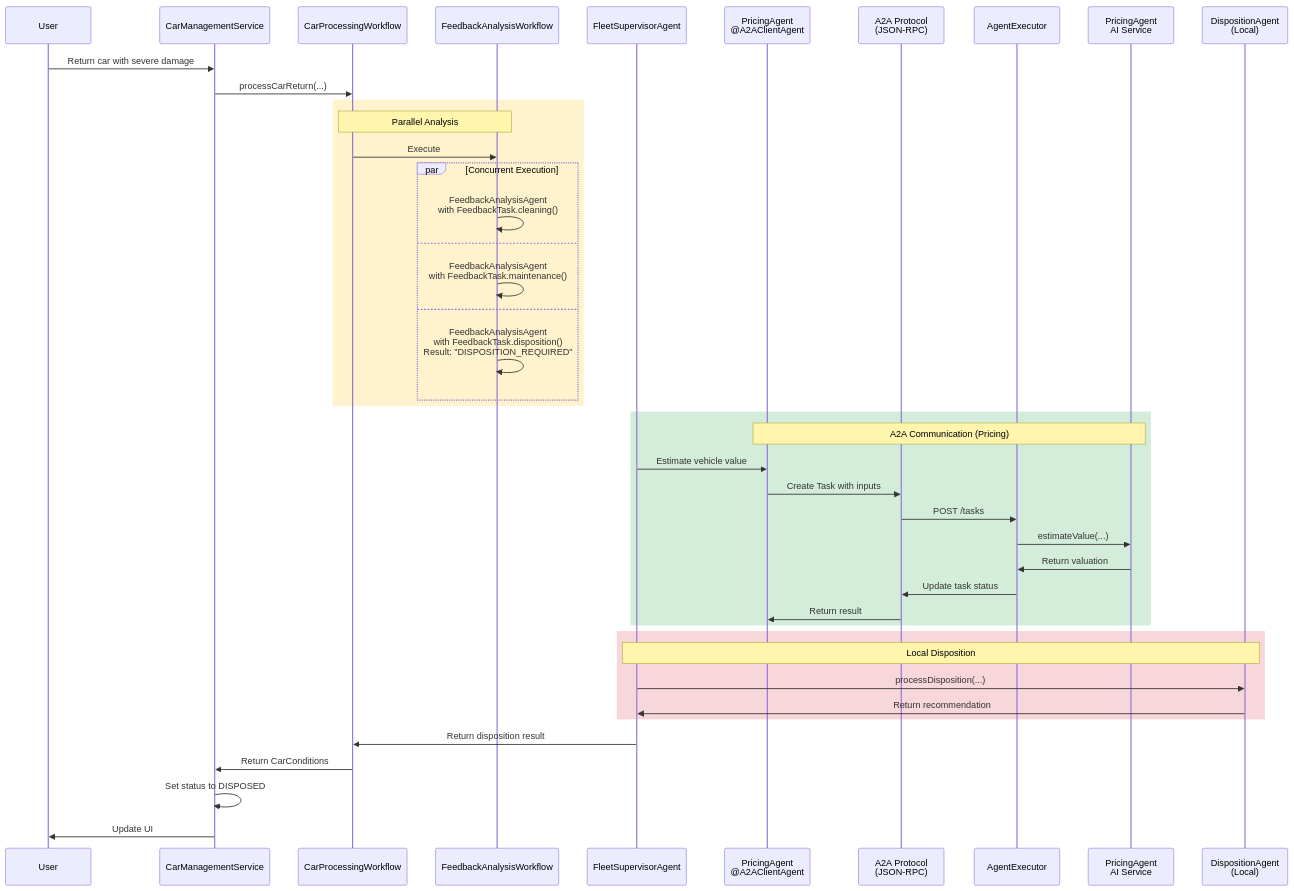
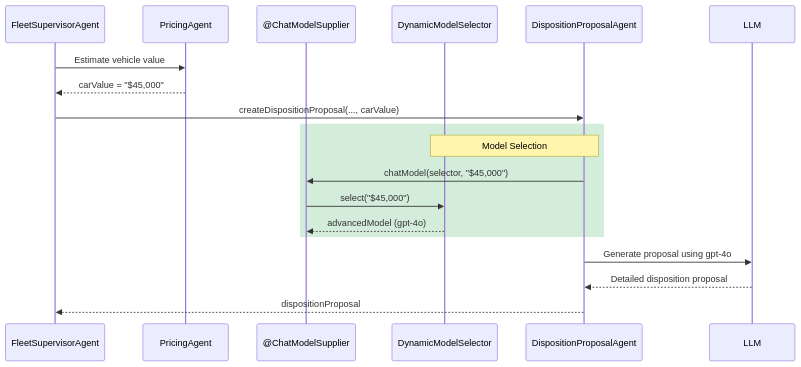
Before and after one commit to quarkusio/quarkus-workshop-langchain4j: the second of 2 diagrams in docs/docs/section-2/step-07.md, drawn with Mermaid. The commit also changed other lines of this file and 128 other files, not shown here.

Commit message:
Introduce dynamic chat model (#399)

````diff
--- a/docs/docs/section-2/step-07.md
+++ b/docs/docs/section-2/step-07.md
@@ -599,50 +186,25 @@
 ```mermaid
 sequenceDiagram
-    participant User
-    participant Service as CarManagementService
-    participant Workflow as CarProcessingWorkflow
-    participant FeedbackWF as FeedbackAnalysisWorkflow
     participant Supervisor as FleetSupervisorAgent
-    participant PricingClient as PricingAgent<br/>@A2AClientAgent
-    participant A2A as A2A Protocol<br/>(JSON-RPC)
-    participant Executor as AgentExecutor
-    participant PricingRemote as PricingAgent<br/>AI Service
-    participant Disposition as DispositionAgent<br/>(Local)
+    participant Pricing as PricingAgent
+    participant Supplier as @ChatModelSupplier
+    participant Selector as DynamicModelSelector
+    participant Proposal as DispositionProposalAgent
+    participant LLM as LLM
 
-    User->>Service: Return car with severe damage
-    Service->>Workflow: processCarReturn(...)
+    Supervisor->>Pricing: Estimate vehicle value
+    Pricing-->>Supervisor: carValue = "$45,000"
 
-    rect rgb(255, 243, 205)
-    Note over Workflow,FeedbackWF: Parallel Analysis
-    Workflow->>FeedbackWF: Execute
-    par Concurrent Execution
-        FeedbackWF->>FeedbackWF: FeedbackAnalysisAgent<br/>with FeedbackTask.cleaning()
-    and
-        FeedbackWF->>FeedbackWF: FeedbackAnalysisAgent<br/>with FeedbackTask.maintenance()
-    and
-        FeedbackWF->>FeedbackWF: FeedbackAnalysisAgent<br/>with FeedbackTask.disposition()<br/>Result: "DISPOSITION_REQUIRED"
-    end
+    Supervisor->>Proposal: createDispositionProposal(..., carValue)
+
+    rect rgb(212, 237, 218)
+    Note over Proposal,Selector: Model Selection
+    Proposal->>Supplier: chatModel(selector, "$45,000")
+    Supplier->>Selector: select("$45,000")
+    Selector-->>Supplier: advancedModel (gpt-4o)
     end
 
-    rect rgb(212, 237, 218)
-    Note over PricingClient,PricingRemote: A2A Communication (Pricing)
-    Supervisor->>PricingClient: Estimate vehicle value
-    PricingClient->>A2A: Create Task with inputs
-    A2A->>Executor: POST /tasks
-    Executor->>PricingRemote: estimateValue(...)
-    PricingRemote->>Executor: Return valuation
-    Executor->>A2A: Update task status
-    A2A->>PricingClient: Return result
-    end
-
-    rect rgb(248, 215, 218)
-    Note over Supervisor,Disposition: Local Disposition
-    Supervisor->>Disposition: processDisposition(...)
-    Disposition->>Supervisor: Return recommendation
-    end
-
-    Supervisor->>Workflow: Return disposition result
-    Workflow->>Service: Return CarConditions
-    Service->>Service: Set status to DISPOSED
-    Service->>User: Update UI
+    Proposal->>LLM: Generate proposal using gpt-4o
+    LLM-->>Proposal: Detailed disposition proposal
+    Proposal-->>Supervisor: dispositionProposal
 ```
````
